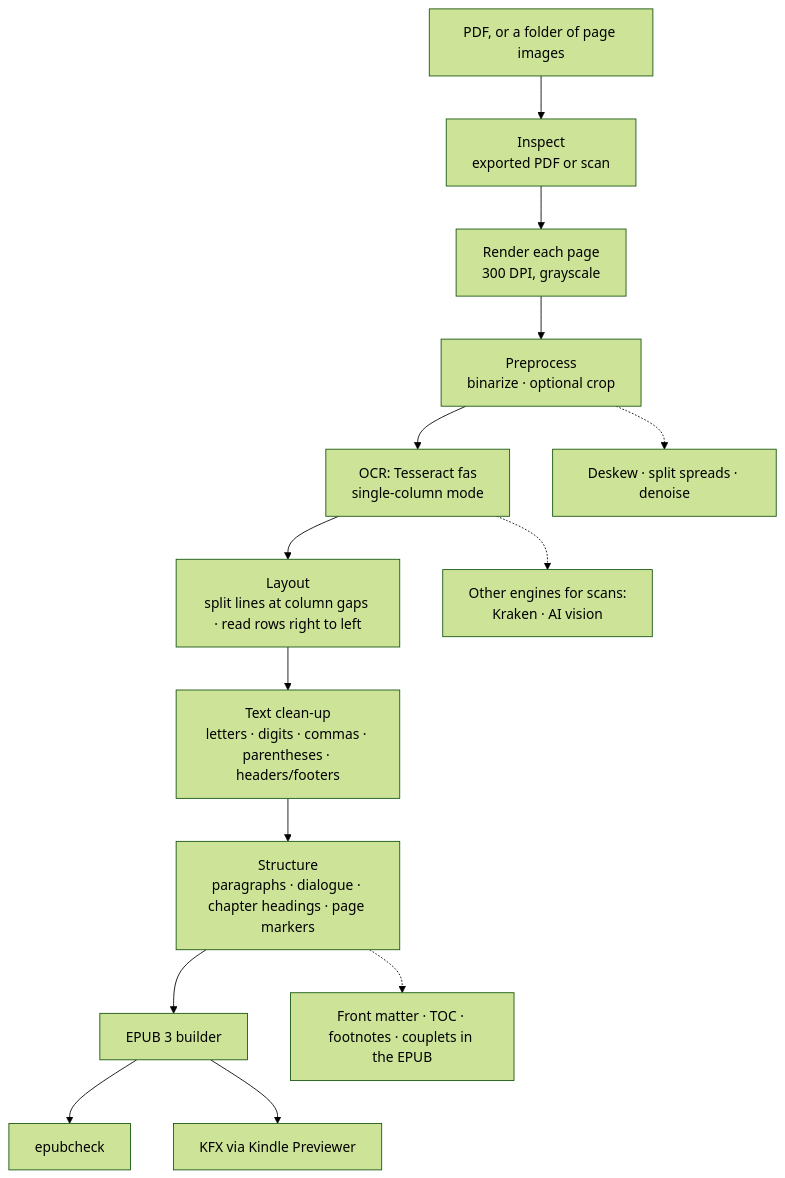
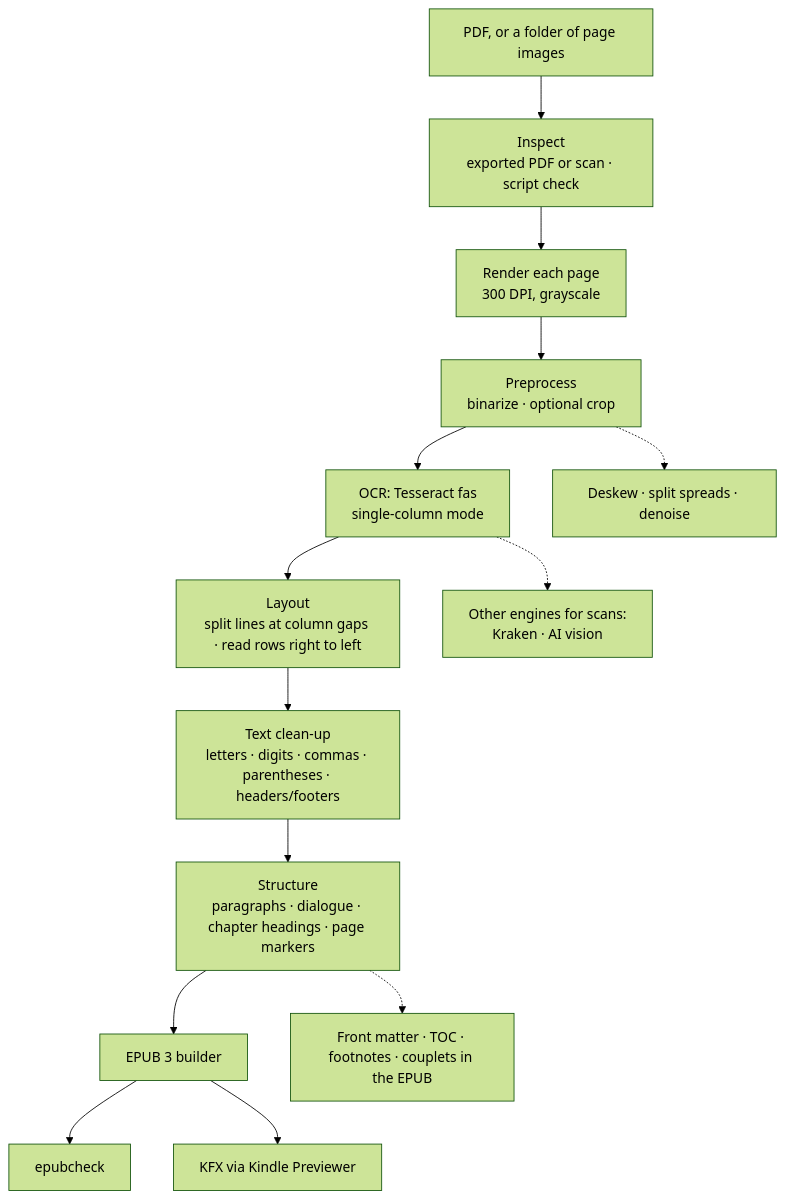
Before and after one commit to ardeshirj/rtlbook: the diagram in DESIGN.md, drawn with Mermaid (forest theme). The commit also changed other lines of this file and 6 other files, not shown here.

First line of the commit message:
Check a book's script before OCR (Tesseract OSD on a few random pages)

````diff
--- a/DESIGN.md
+++ b/DESIGN.md
@@ -54,16 +54,16 @@
 ```mermaid
 flowchart TD
-    A[PDF, or a folder of page images] --> B[Inspect<br/>exported PDF or scan]
+    A[PDF, or a folder of page images] --> B[Inspect<br/>exported PDF or scan · script check]
     B --> C[Render each page<br/>300 DPI, grayscale]
     C --> D[Preprocess<br/>binarize · optional crop]
     D --> E[OCR: Tesseract fas<br/>single-column mode]
     E --> F[Layout<br/>split lines at column gaps · read rows right to left]
     F --> G[Text clean-up<br/>letters · digits · commas · parentheses · headers/footers]
     G --> H[Structure<br/>paragraphs · dialogue · chapter headings · page markers]
     H --> I[EPUB 3 builder]
     I --> J[epubcheck]
     I --> K[KFX via Kindle Previewer]
     D -.-> D2[Deskew · split spreads · denoise]
     E -.-> E2[Other engines for scans:<br/>Kraken · AI vision]
     H -.-> H2[Front matter · TOC · footnotes · couplets in the EPUB]
 ```
````
